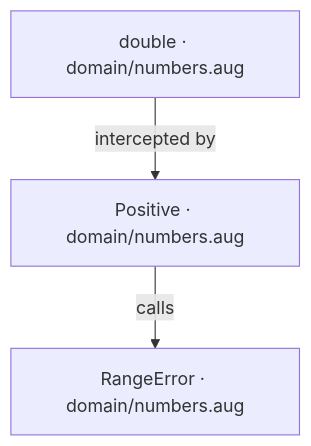
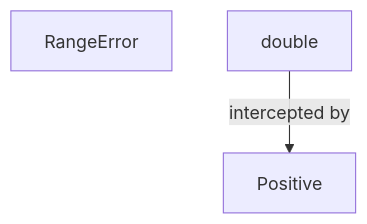
One commit to GreenPandaStudios/augscript changed the first of 3 diagrams in docs/examples/approved-design/domain/numbers-diagrams.md. Above: the diagram before and after it, drawn with Mermaid. The commit also changed other lines of this file and 524 other files, not shown here.

Commit message:
Explain checked data flow at folder and service levels

````diff
--- a/docs/examples/approved-design/domain/numbers-diagrams.md
+++ b/docs/examples/approved-design/domain/numbers-diagrams.md
@@ -19,8 +19,7 @@
 ```mermaid
 flowchart TD
-    n0["Positive · domain/numbers.aug"]
-    n1["RangeError · domain/numbers.aug"]
-    n2["double · domain/numbers.aug"]
-    n0 -->|"calls"| n1
+    n0["Positive"]
+    n1["RangeError"]
+    n2["double"]
     n2 -->|"intercepted by"| n0
 ```
````
